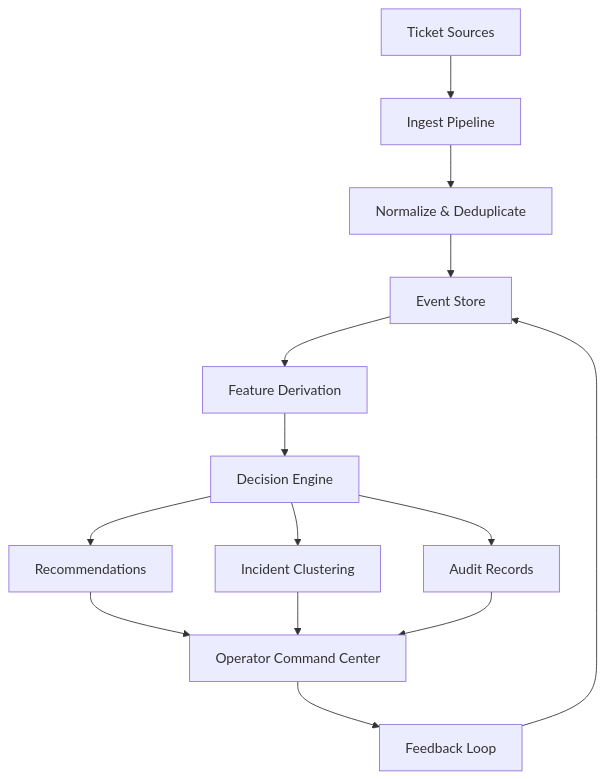
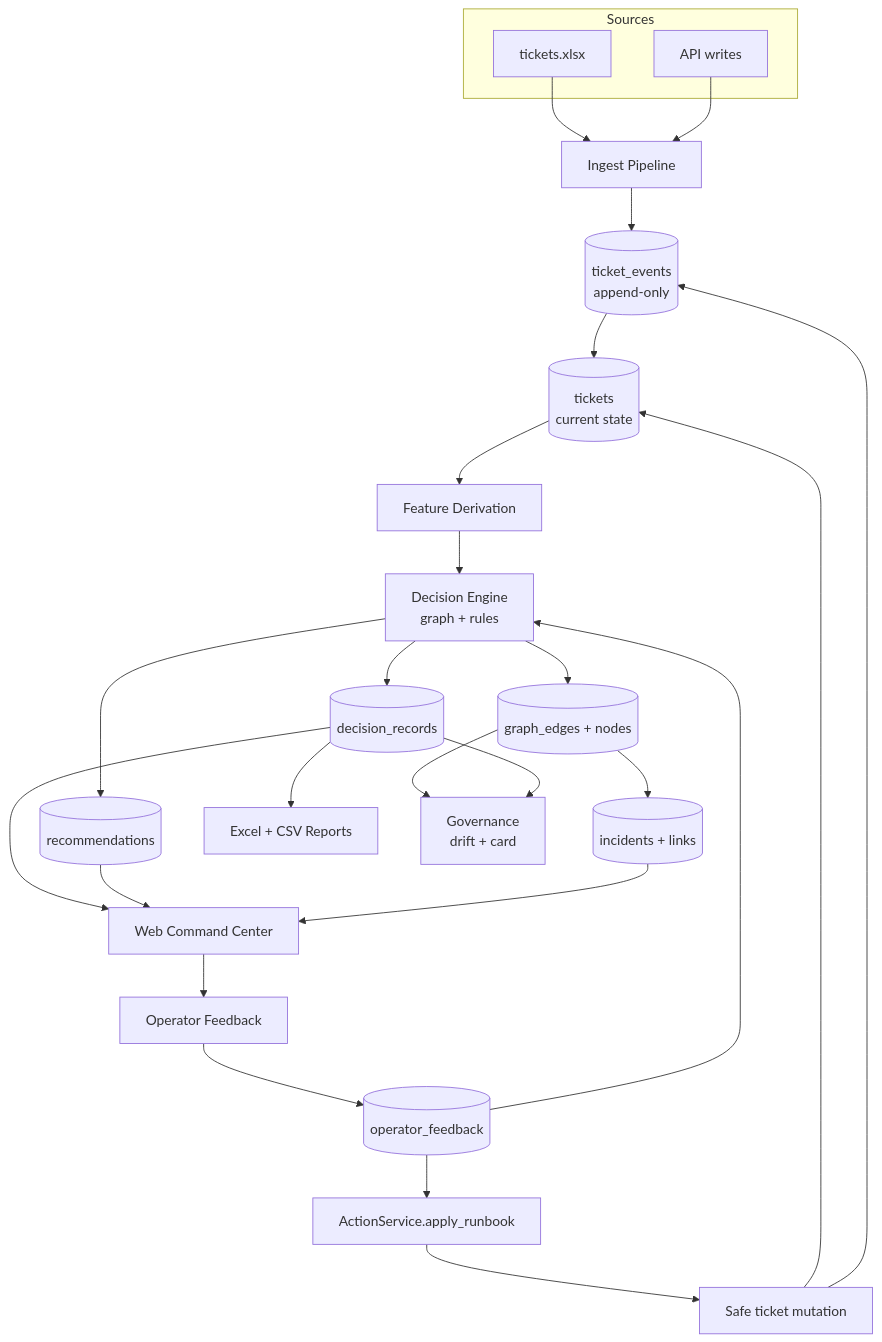
One commit to AngelP17/Aether-Ticketing changed the diagram in README.md. Above: the diagram before and after it, drawn with Mermaid. The commit also changed 10 other files, not shown here.

First line of the commit message:
docs: refresh with mermaid.js diagrams across all sections

````diff
--- a/README.md
+++ b/README.md
@@ -37,16 +37,30 @@
 ```mermaid
 flowchart TB
-    A[Ticket Sources] --> B[Ingest Pipeline]
-    B --> C[Normalize & Deduplicate]
-    C --> D[Event Store]
-    D --> E[Feature Derivation]
-    E --> F[Decision Engine]
-    F --> G[Recommendations]
-    F --> H[Incident Clustering]
-    F --> I[Audit Records]
-    G --> J[Operator Command Center]
-    H --> J
-    I --> J
-    J --> K[Feedback Loop]
-    K --> D
+    subgraph Sources
+        XLSX[tickets.xlsx]
+        APIW[API writes]
+    end
+    XLSX --> Ingest[Ingest Pipeline]
+    APIW --> Ingest
+    Ingest --> Events[(ticket_events\nappend-only)]
+    Events --> Current[(tickets\ncurrent state)]
+    Current --> Features[Feature Derivation]
+    Features --> DE[Decision Engine\ngraph + rules]
+    DE --> Decisions[(decision_records)]
+    DE --> Recs[(recommendations)]
+    DE --> Graph[(graph_edges + nodes)]
+    Graph --> Incidents[(incidents + links)]
+    Decisions --> Web[Web Command Center]
+    Recs --> Web
+    Incidents --> Web
+    Decisions --> Reports[Excel + CSV Reports]
+    Graph --> Gov[Governance\ndrift + card]
+    Decisions --> Gov
+    Web --> Feedback[Operator Feedback]
+    Feedback --> FeedbackLog[(operator_feedback)]
+    FeedbackLog --> Apply[ActionService.apply_runbook]
+    Apply --> TicketMutation[Safe ticket mutation]
+    TicketMutation --> Current
+    TicketMutation --> Events
+    FeedbackLog --> DE
 ```
````
